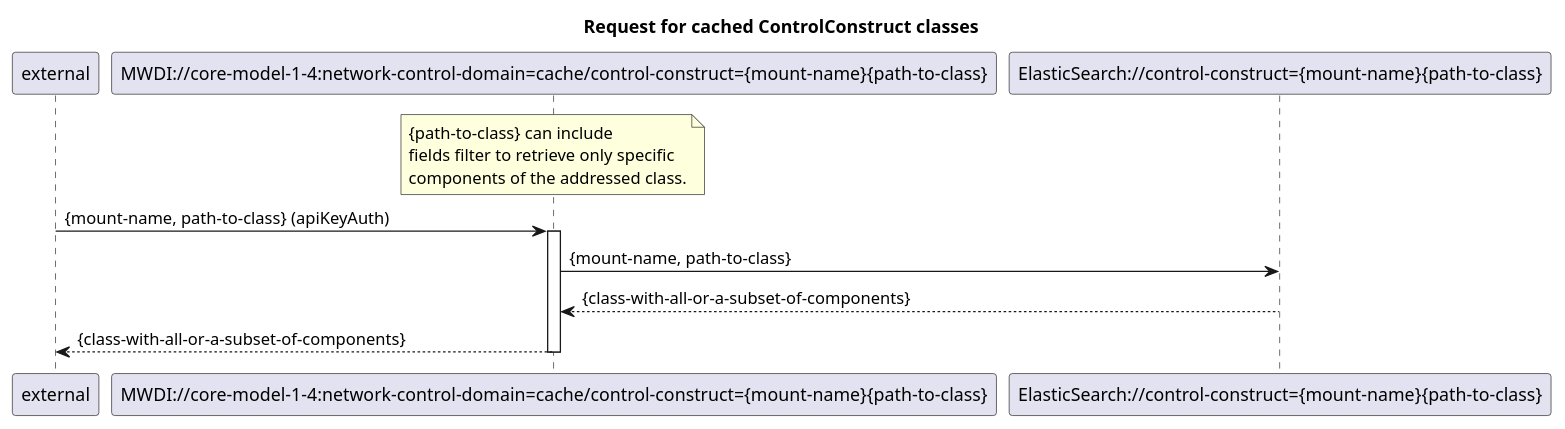
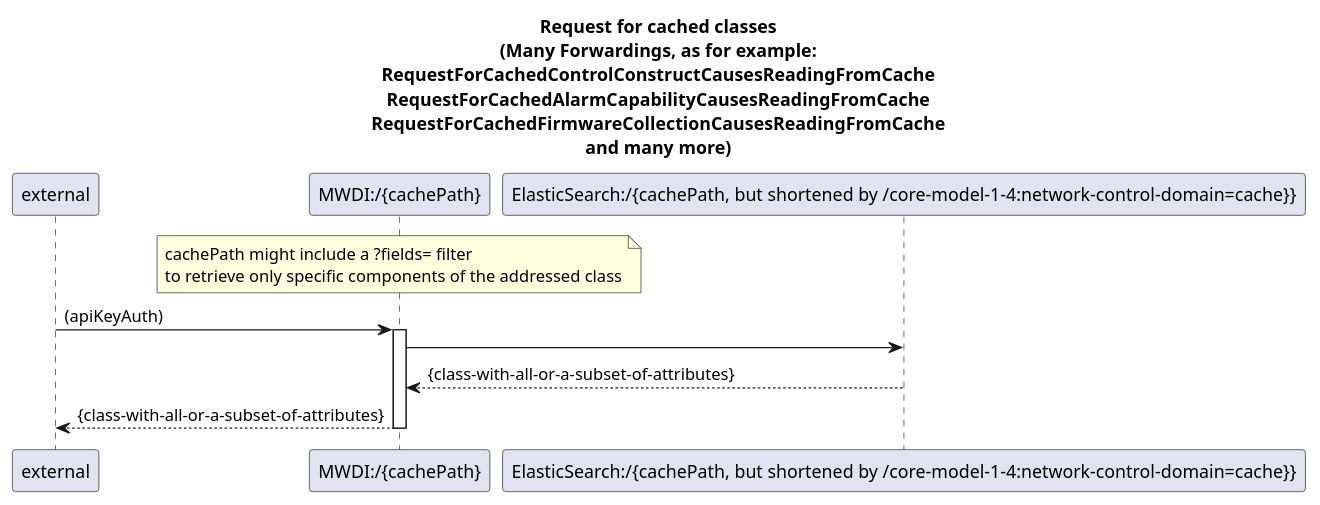
Before and after one commit to openBackhaul/MicroWaveDeviceInventory: the diagram in spec/diagrams/200_CacheRessourcePath.plantuml, drawn with PlantUML. The commit also changed 20 other files, not shown here.

Commit message:
Review diagrams, services, forwardings, oas

```diff
--- a/spec/diagrams/200_CacheRessourcePath.plantuml
+++ b/spec/diagrams/200_CacheRessourcePath.plantuml
@@ -1,20 +1,31 @@
 @startuml 200_CacheRessourcePath
 skinparam responseMessageBelowArrow true
 
-title Request for cached ControlConstruct classes
+title 
+Request for cached classes
+(Many Forwardings, as for example:
+RequestForCachedControlConstructCausesReadingFromCache
+RequestForCachedAlarmCapabilityCausesReadingFromCache
+RequestForCachedFirmwareCollectionCausesReadingFromCache
+and many more)
+end title
 
 participant "external" as requestor
-participant "MWDI://core-model-1-4:network-control-domain=cache/control-construct={mount-name}{path-to-class}" as CacheControlConstructClass
-participant "ElasticSearch://control-construct={mount-name}{path-to-class}" as EsControlConstructClass
+participant "MWDI:/{cachePath}" as CacheControlConstructClass
+participant "ElasticSearch:/{cachePath, but shortened by /core-model-1-4:network-control-domain=cache}}" as EsControlConstructClass
 
-note over CacheControlConstructClass: {path-to-class} can include \nfields filter to retrieve only specific \ncomponents of the addressed class.
-requestor -> CacheControlConstructClass: {mount-name, path-to-class} (apiKeyAuth)
+note over CacheControlConstructClass
+cachePath might include a ?fields= filter 
+to retrieve only specific components of the addressed class
+end note
+
+requestor -> CacheControlConstructClass: (apiKeyAuth)
 activate CacheControlConstructClass
 
-CacheControlConstructClass -> EsControlConstructClass: {mount-name, path-to-class}
-EsControlConstructClass --> CacheControlConstructClass: {class-with-all-or-a-subset-of-components}
+CacheControlConstructClass -> EsControlConstructClass
+EsControlConstructClass --> CacheControlConstructClass: {class-with-all-or-a-subset-of-attributes}
 
-CacheControlConstructClass --> requestor: {class-with-all-or-a-subset-of-components}
+CacheControlConstructClass --> requestor: {class-with-all-or-a-subset-of-attributes}
 deactivate CacheControlConstructClass
 
 @enduml
```
